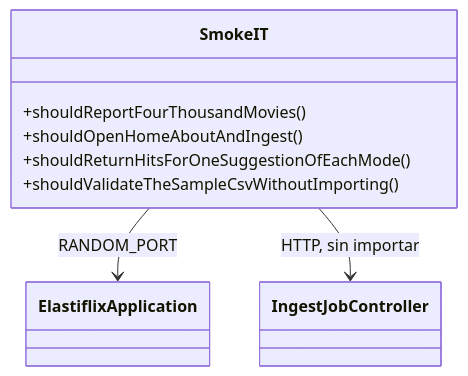
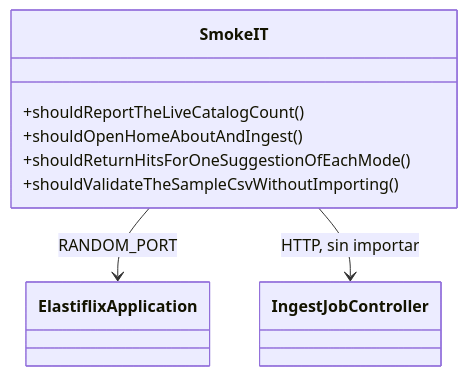
One commit to bigfito/elastiflix-reloaded changed the first of 2 diagrams in docs/diseno/5.md. Above: the diagram before and after it, drawn with Mermaid. The commit also changed other lines of this file and 11 other files, not shown here.

````diff
--- a/docs/diseno/5.md
+++ b/docs/diseno/5.md
@@ -71,13 +71,13 @@
 ```mermaid
 classDiagram
   class SmokeIT {
-    +shouldReportFourThousandMovies()
+    +shouldReportTheLiveCatalogCount()
     +shouldOpenHomeAboutAndIngest()
     +shouldReturnHitsForOneSuggestionOfEachMode()
     +shouldValidateTheSampleCsvWithoutImporting()
   }
   class ElastiflixApplication
   class IngestJobController
   SmokeIT --> ElastiflixApplication : RANDOM_PORT
   SmokeIT --> IngestJobController : HTTP, sin importar
 ```
````
